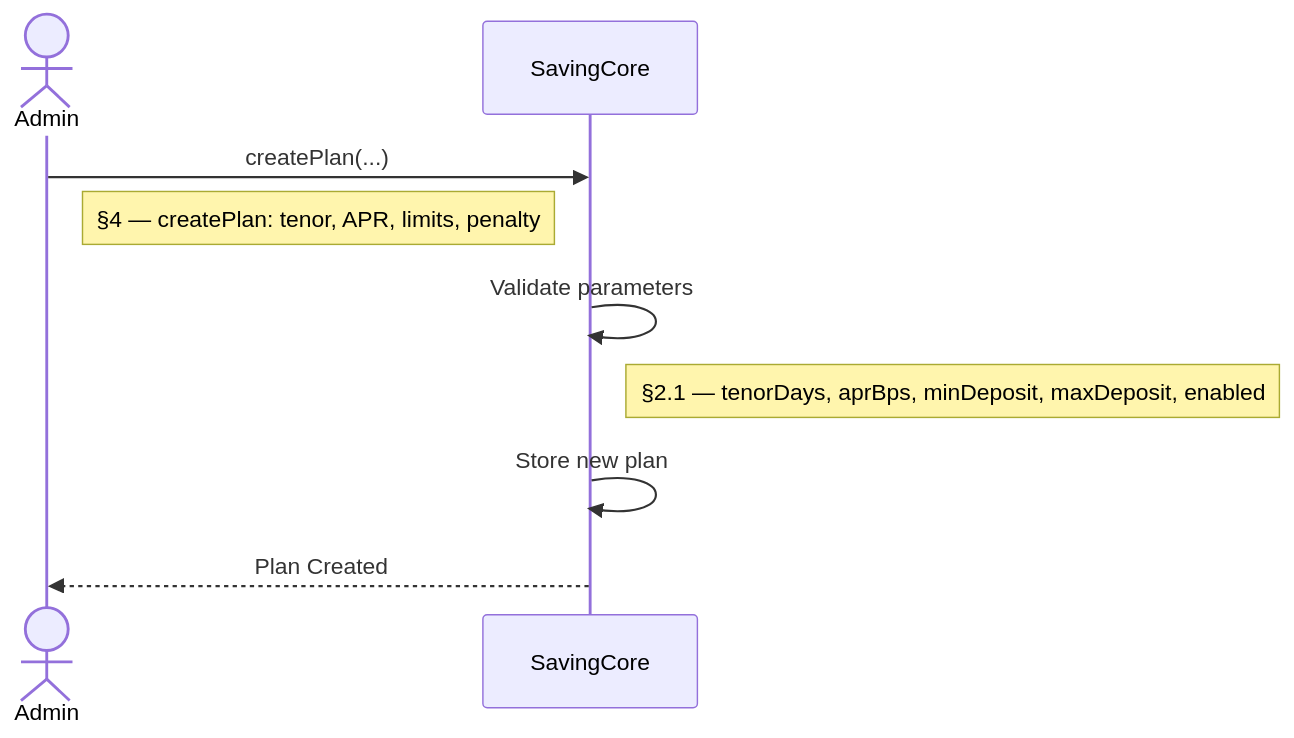
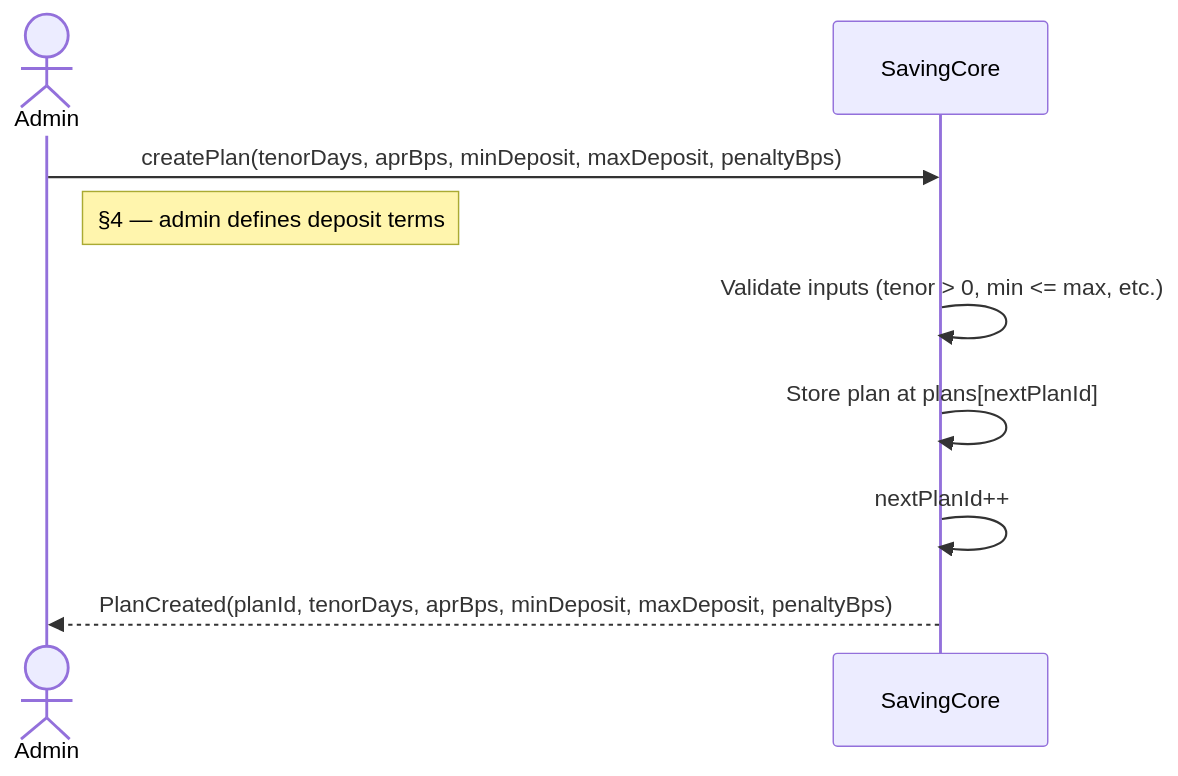
One commit to yang-sin-pal/AC_BlockChain_Online_Saving changed the sixth of 14 diagrams in docs/diagrams/sequence-diagram.md. Above: the diagram before and after it, drawn with Mermaid. The commit also changed other lines of this file and 2 other files, not shown here.

First line of the commit message:
Enhance sequence and use case diagrams for Online Saving System

````diff
--- a/docs/diagrams/sequence-diagram.md
+++ b/docs/diagrams/sequence-diagram.md
@@ -144,15 +165,15 @@
 ```mermaid
 sequenceDiagram
     actor Admin
     participant Core as SavingCore
 
-    Admin->>Core: createPlan(...)
-    Note right of Admin: §4 — createPlan: tenor, APR, limits, penalty
+    Admin->>Core: createPlan(tenorDays, aprBps, minDeposit, maxDeposit, penaltyBps)
+    Note right of Admin: §4 — admin defines deposit terms
 
-    Core->>Core: Validate parameters
-    Note right of Core: §2.1 — tenorDays, aprBps, minDeposit, maxDeposit, enabled
+    Core->>Core: Validate inputs (tenor > 0, min <= max, etc.)
 
-    Core->>Core: Store new plan
+    Core->>Core: Store plan at plans[nextPlanId]
+    Core->>Core: nextPlanId++
 
-    Core-->>Admin: Plan Created
+    Core-->>Admin: PlanCreated(planId, tenorDays, aprBps, minDeposit, maxDeposit, penaltyBps)
 ```
````
